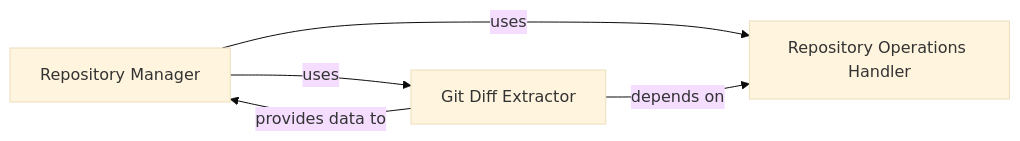
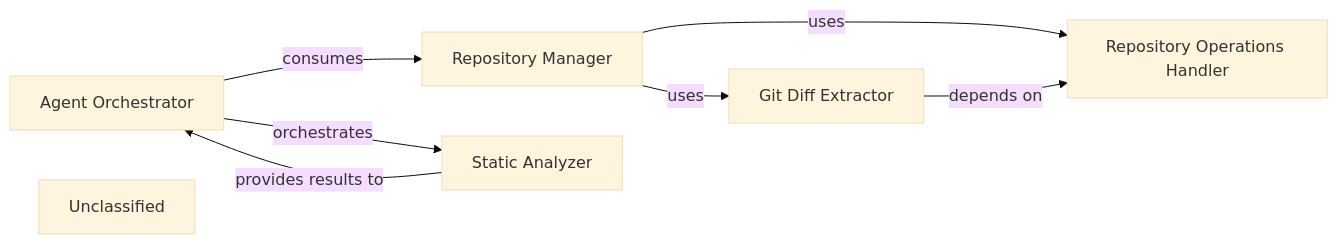
The diagram in .codeboarding/Repository_Manager.md (mariyam866/CodeBoarding), drawn with Mermaid (base theme) before and after one commit. The commit also changed other lines of this file and 17 other files, not shown here.

First line of the commit message:
docs: update codeboarding documentation and generate architecture

````diff
--- a/.codeboarding/Repository_Manager.md
+++ b/.codeboarding/Repository_Manager.md
@@ -1,11 +1,16 @@
 ```mermaid
 graph LR
     Repository_Manager["Repository Manager"]
     Repository_Operations_Handler["Repository Operations Handler"]
     Git_Diff_Extractor["Git Diff Extractor"]
+    Agent_Orchestrator["Agent Orchestrator"]
+    Static_Analyzer["Static Analyzer"]
+    Unclassified["Unclassified"]
     Repository_Manager -- "uses" --> Repository_Operations_Handler
     Repository_Manager -- "uses" --> Git_Diff_Extractor
     Git_Diff_Extractor -- "depends on" --> Repository_Operations_Handler
-    Git_Diff_Extractor -- "provides data to" --> Repository_Manager
+    Agent_Orchestrator -- "consumes" --> Repository_Manager
+    Agent_Orchestrator -- "orchestrates" --> Static_Analyzer
+    Static_Analyzer -- "provides results to" --> Agent_Orchestrator
     click Repository_Manager href "https://github.com/CodeBoarding/CodeBoarding/blob/main/.codeboarding/Repository_Manager.md" "Details"
 ```
````
